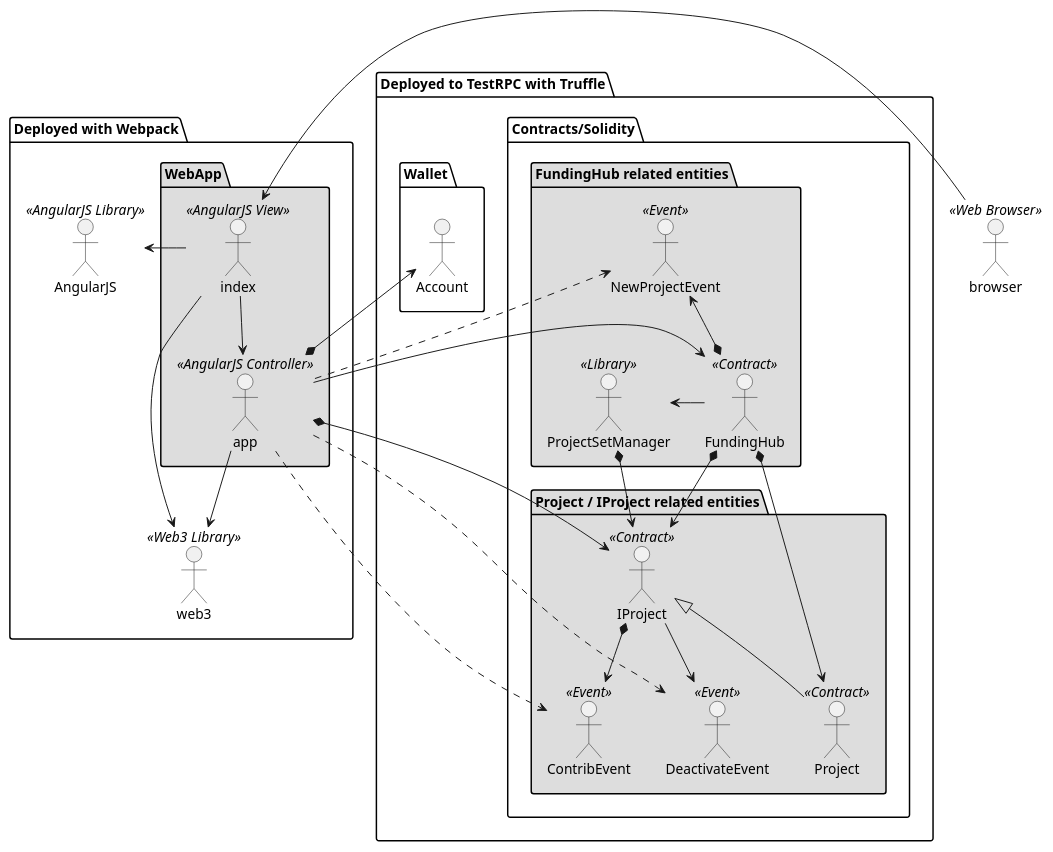
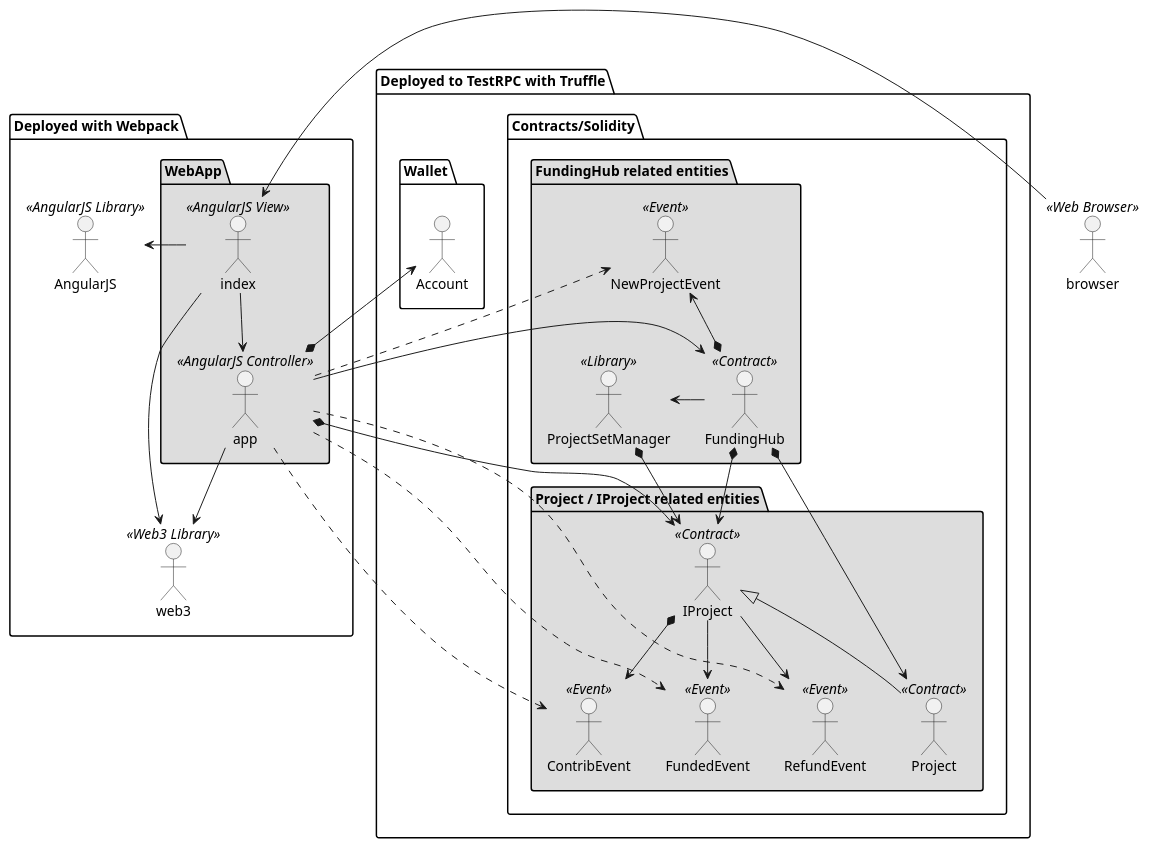
One commit to conroydamien/b9project changed the diagram in docs/class.puml. Above: the diagram before and after it, drawn with PlantUML. The commit also changed 2 other files, not shown here.

Commit message:
updated docs to reflect splitting out FundediEvent and RefundEvent

```diff
--- a/docs/class.puml
+++ b/docs/class.puml
@@ -1,62 +1,65 @@
 @startuml
 
 top to bottom direction
 
 package "Deployed to TestRPC with Truffle" {
 
 package Wallet {
 Account << (A, green) >>
 }
 
 package Contracts/Solidity {
 
 package "Project / IProject related entities" #DDDDDD {
 Project << (C,lightgreen) Contract>>
 ContribEvent << (E, red) Event>>
-DeactivateEvent << (E, red) Event>>
+FundedEvent << (E, red) Event>>
+RefundEvent << (E, red) Event>>
 IProject << (C, lightgreen) Contract>>
 }
 
 package "FundingHub related entities" #DDDDDD{
 FundingHub << (C,lightgreen) Contract>>
 NewProjectEvent << (E, red) Event>>
 ProjectSetManager << (L, lightgreen) Library>>
 }
 
 ProjectSetManager *--> IProject
 
 Project -u-|> IProject
 IProject *--> ContribEvent
-IProject --> DeactivateEvent
+IProject --> RefundEvent
+IProject --> FundedEvent
 
 FundingHub *--> IProject
 FundingHub *--> Project
 FundingHub *-u-> NewProjectEvent
 }
 }
 
 package "Deployed with Webpack" {
 package WebApp #DDDDDD {
 app << (C, blue) AngularJS Controller>>
 index << (V, blue) AngularJS View>>
 index --> app
 }
 web3 << (L, lightblue)Web3 Library>>
 AngularJS << (L, lightblue)AngularJS Library>>
 }
 
 app -l-> FundingHub
 app *--> IProject
 app *--> Account
 app .u.> NewProjectEvent
 app ..> ContribEvent
-app ..> DeactivateEvent
+app ..> RefundEvent
+app ..> FundedEvent
 app --> web3
 index --> web3
 index -l-> AngularJS
 browser << (W, lightblue) Web Browser>>
 browser -l-> index
 FundingHub -l-> ProjectSetManager
 
 
 @enduml
```
